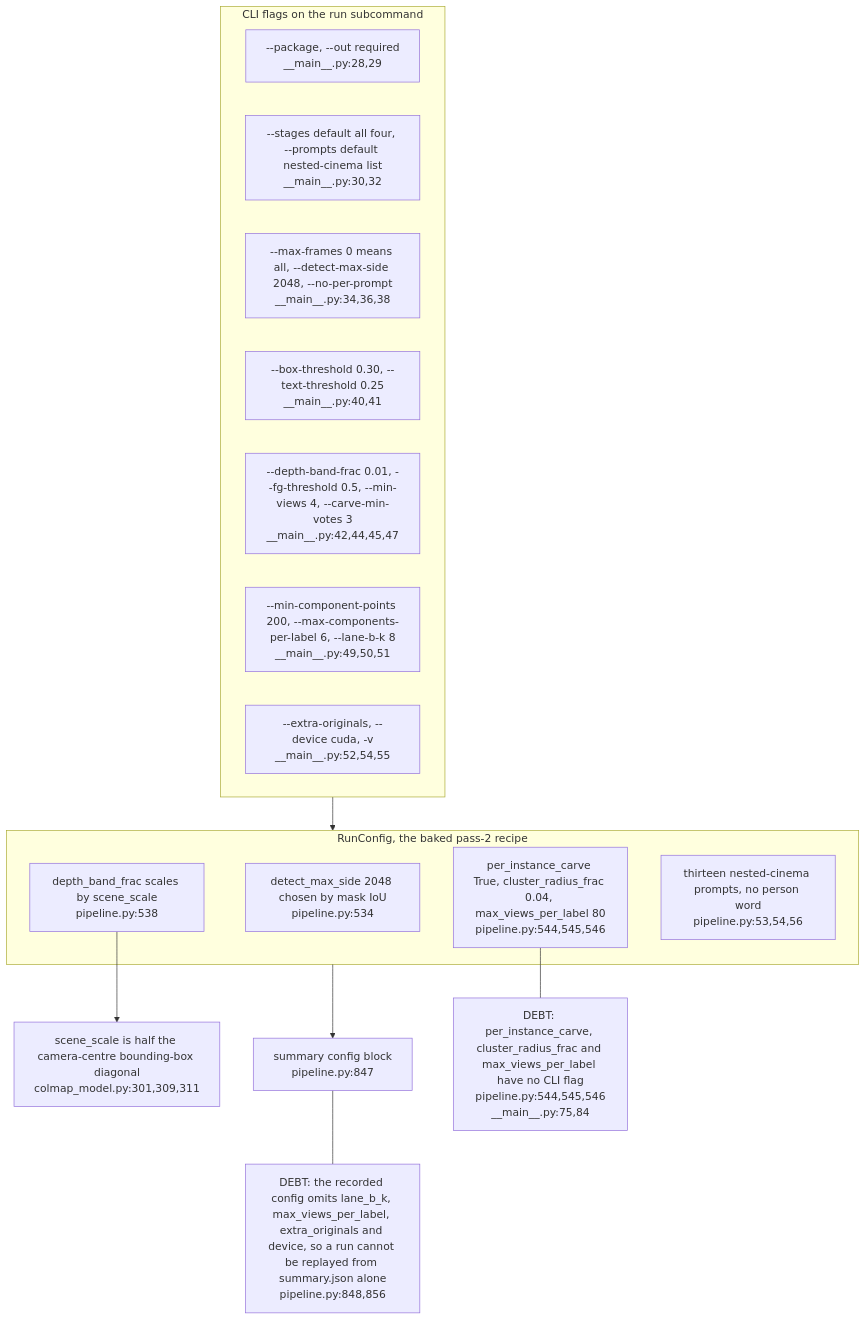
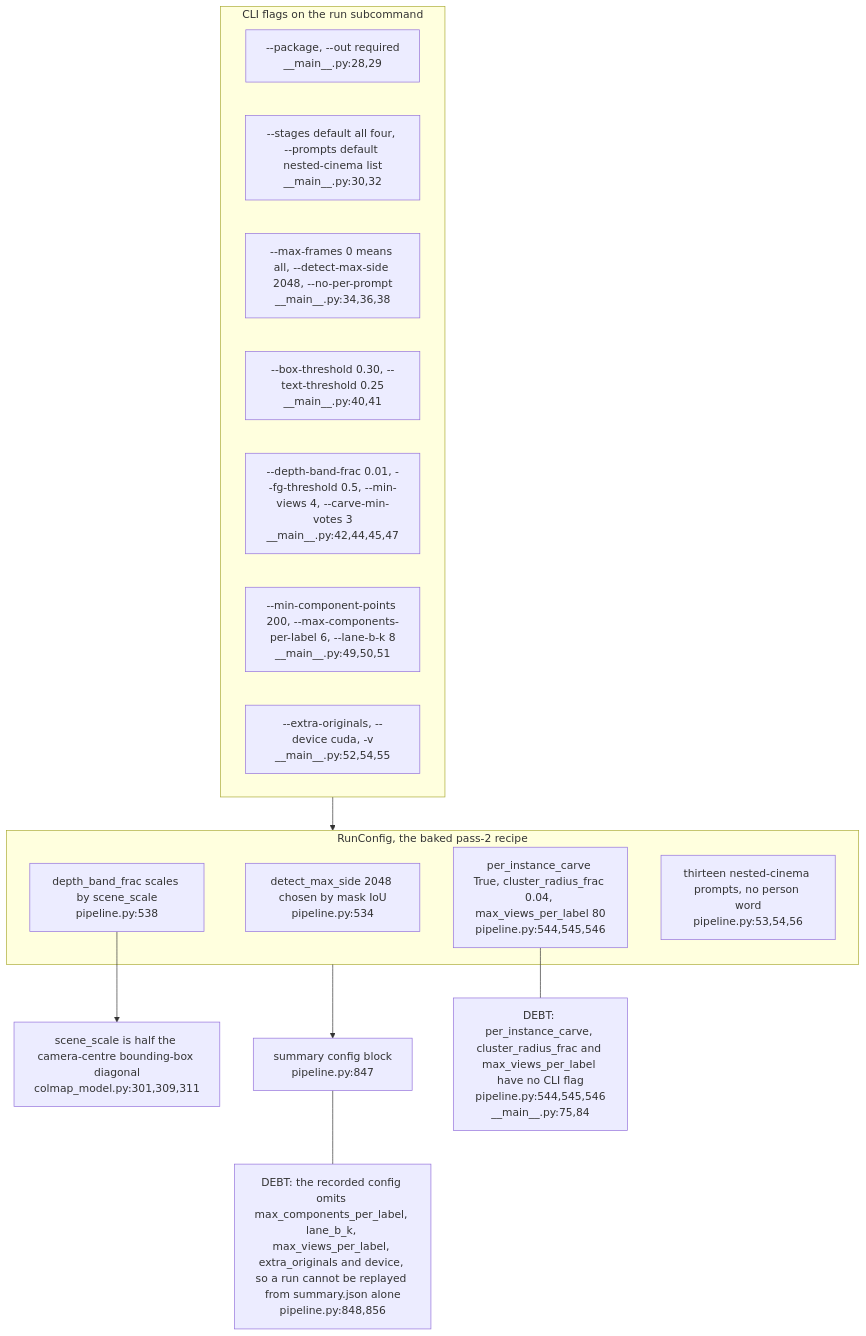
Before and after one commit to DreamLab-AI/VisionFlow: the second of 3 diagrams in docs/diagrams/vitrine-object-sidecar/02-cli-stage-driver-and-config-surface.md, drawn with Mermaid. The commit also changed 5 other files, not shown here.

First line of the commit message:
diagrams(vitrine-object-sidecar): tighten claims and add contract drift

````diff
--- a/docs/diagrams/vitrine-object-sidecar/02-cli-stage-driver-and-config-surface.md
+++ b/docs/diagrams/vitrine-object-sidecar/02-cli-stage-driver-and-config-surface.md
@@ -55,27 +55,27 @@
 ```mermaid
 flowchart TB
     subgraph FLAGS["CLI flags on the run subcommand"]
         F1["--package, --out required<br/>__main__.py:28,29"]
         F2["--stages default all four, --prompts default nested-cinema list<br/>__main__.py:30,32"]
         F3["--max-frames 0 means all, --detect-max-side 2048, --no-per-prompt<br/>__main__.py:34,36,38"]
         F4["--box-threshold 0.30, --text-threshold 0.25<br/>__main__.py:40,41"]
         F5["--depth-band-frac 0.01, --fg-threshold 0.5, --min-views 4, --carve-min-votes 3<br/>__main__.py:42,44,45,47"]
         F6["--min-component-points 200, --max-components-per-label 6, --lane-b-k 8<br/>__main__.py:49,50,51"]
         F7["--extra-originals, --device cuda, -v<br/>__main__.py:52,54,55"]
     end
     subgraph CFG["RunConfig, the baked pass-2 recipe"]
         C1["detect_max_side 2048 chosen by mask IoU<br/>pipeline.py:534"]
         C2["depth_band_frac scales by scene_scale<br/>pipeline.py:538"]
         C3["per_instance_carve True, cluster_radius_frac 0.04, max_views_per_label 80<br/>pipeline.py:544,545,546"]
         C4["thirteen nested-cinema prompts, no person word<br/>pipeline.py:53,54,56"]
     end
     SCALE["scene_scale is half the camera-centre bounding-box diagonal<br/>colmap_model.py:301,309,311"]
     SUMCFG["summary config block<br/>pipeline.py:847"]
     FLAGS --> CFG
     C2 --> SCALE
     CFG --> SUMCFG
     DEBT1["DEBT: per_instance_carve, cluster_radius_frac and max_views_per_label have no CLI flag<br/>pipeline.py:544,545,546<br/>__main__.py:75,84"]
     C3 --- DEBT1
-    DEBT2["DEBT: the recorded config omits lane_b_k, max_views_per_label, extra_originals and device, so a run cannot be replayed from summary.json alone<br/>pipeline.py:848,856"]
+    DEBT2["DEBT: the recorded config omits max_components_per_label, lane_b_k, max_views_per_label, extra_originals and device, so a run cannot be replayed from summary.json alone<br/>pipeline.py:848,856"]
     SUMCFG --- DEBT2
 ```
````
